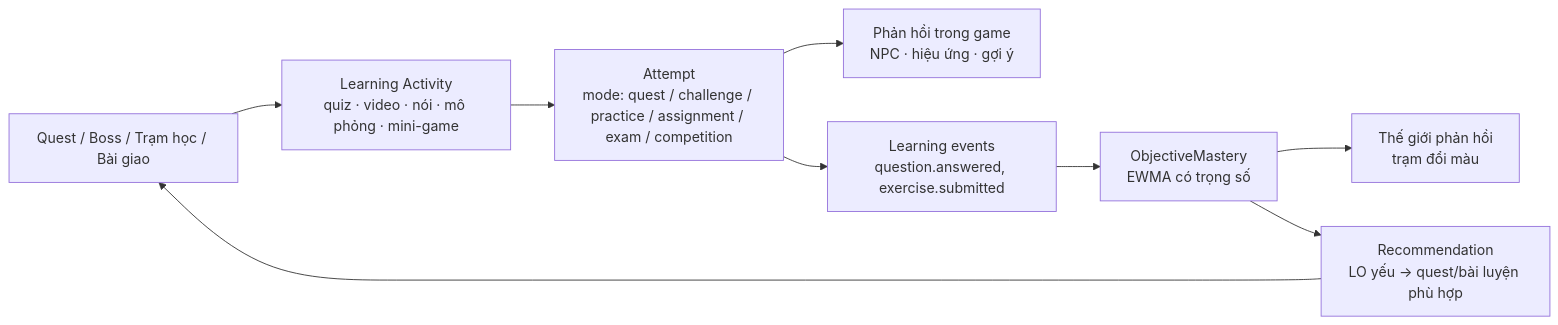
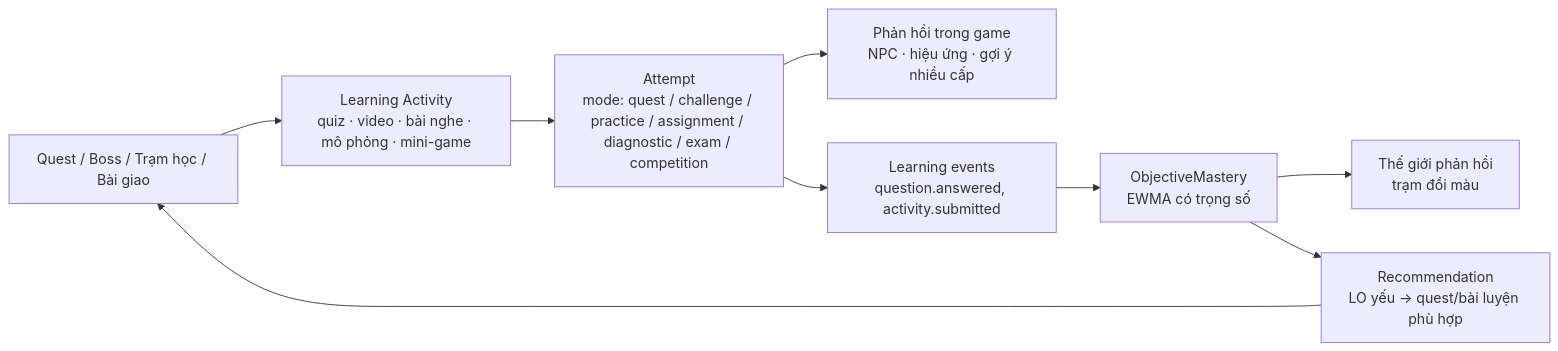
Before and after one commit to tanguyen2020/eduworld-platform: the diagram in docs/02-learning/LEARNING_EXPERIENCE.md, drawn with Mermaid. The commit also changed other lines of this file and 922 other files, not shown here.

````diff
--- a/docs/02-learning/LEARNING_EXPERIENCE.md
+++ b/docs/02-learning/LEARNING_EXPERIENCE.md
@@ -56,11 +57,11 @@
 ```mermaid
 flowchart LR
-  Q["Quest / Boss / Trạm học / Bài giao"] --> A["Learning Activity<br/>quiz · video · nói · mô phỏng · mini-game"]
-  A --> AT["Attempt<br/>mode: quest / challenge / practice / assignment / exam / competition"]
-  AT --> F["Phản hồi trong game<br/>NPC · hiệu ứng · gợi ý"]
-  AT --> EV["Learning events<br/>question.answered, exercise.submitted"]
+  Q["Quest / Boss / Trạm học / Bài giao"] --> A["Learning Activity<br/>quiz · video · bài nghe · mô phỏng · mini-game"]
+  A --> AT["Attempt<br/>mode: quest / challenge / practice / assignment / diagnostic / exam / competition"]
+  AT --> F["Phản hồi trong game<br/>NPC · hiệu ứng · gợi ý nhiều cấp"]
+  AT --> EV["Learning events<br/>question.answered, activity.submitted"]
   EV --> M["ObjectiveMastery<br/>EWMA có trọng số"]
   M --> V["Thế giới phản hồi<br/>trạm đổi màu"]
   M --> R["Recommendation<br/>LO yếu → quest/bài luyện phù hợp"]
   R --> Q
 ```
````
